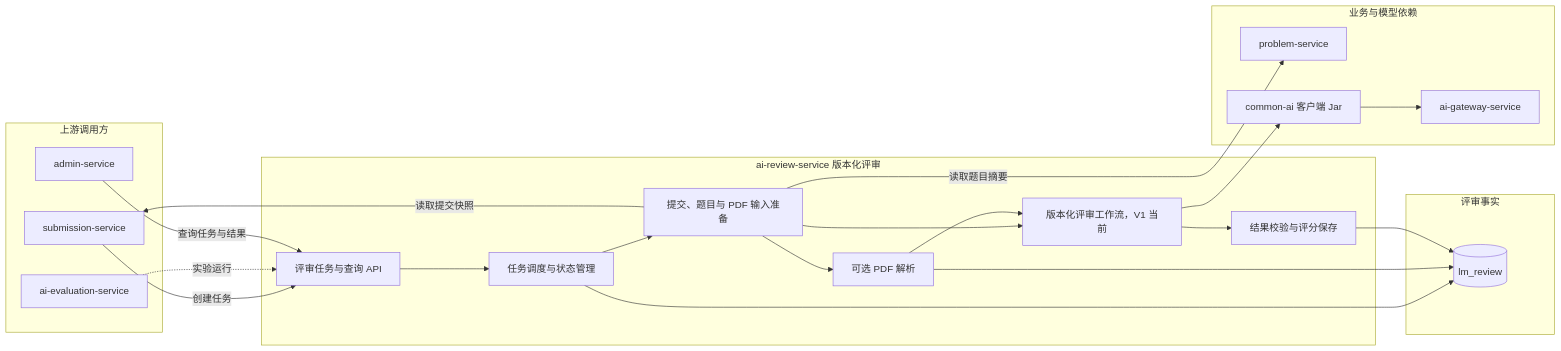
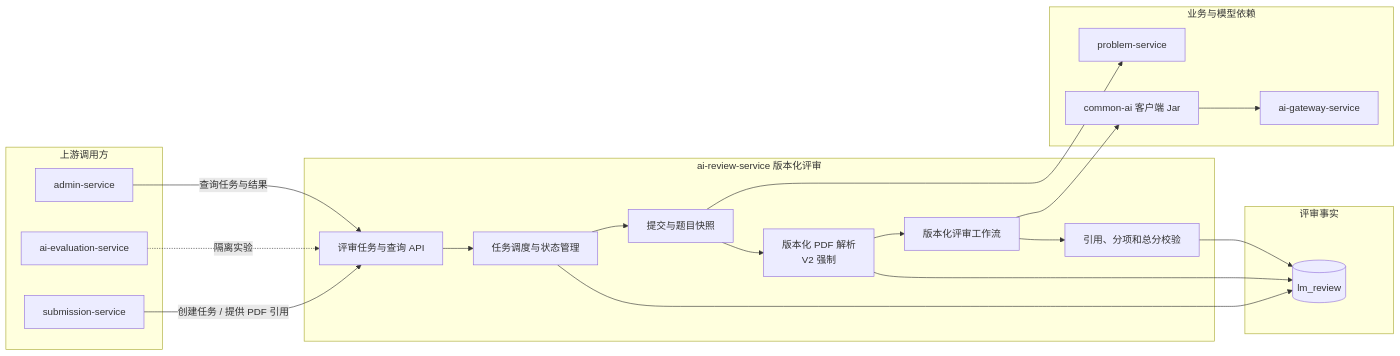
One commit to Dorian7Alden/LeetModel changed the diagram in docs/project/03-微服务设计/ai-review-service/README.md. Above: the diagram before and after it, drawn with Mermaid. The commit also changed other lines of this file and 39 other files, not shown here.

````diff
--- a/docs/project/03-微服务设计/ai-review-service/README.md
+++ b/docs/project/03-微服务设计/ai-review-service/README.md
@@ -12,45 +12,39 @@
 ```mermaid
 flowchart LR
     subgraph callers["上游调用方"]
         submissionService["submission-service"]
         evaluationService["ai-evaluation-service"]
         adminService["admin-service"]
     end
 
     subgraph review["ai-review-service 版本化评审"]
         taskApi["评审任务与查询 API"]
         scheduler["任务调度与状态管理"]
-        inputPreparation["提交、题目与 PDF 输入准备"]
-        pdfParser["可选 PDF 解析"]
-        workflow["版本化评审工作流，V1 当前"]
-        resultValidation["结果校验与评分保存"]
+        inputPreparation["提交与题目快照"]
+        pdfParser["版本化 PDF 解析<br/>V2 强制"]
+        workflow["版本化评审工作流"]
+        resultValidation["引用、分项和总分校验"]
 
-        taskApi --> scheduler
-        scheduler --> inputPreparation
-        inputPreparation --> pdfParser
-        inputPreparation --> workflow
-        pdfParser --> workflow
-        workflow --> resultValidation
+        taskApi --> scheduler --> inputPreparation
+        inputPreparation --> pdfParser --> workflow --> resultValidation
     end
 
     subgraph dependencies["业务与模型依赖"]
         problemService["problem-service"]
         commonAi["common-ai 客户端 Jar"]
         aiGateway["ai-gateway-service"]
     end
 
     subgraph data["评审事实"]
         reviewDatabase[(lm_review)]
     end
 
-    submissionService -->|"创建任务"| taskApi
-    evaluationService -.->|"实验运行"| taskApi
+    submissionService -->|"创建任务 / 提供 PDF 引用"| taskApi
+    evaluationService -.->|"隔离实验"| taskApi
     adminService -->|"查询任务与结果"| taskApi
-    inputPreparation -->|"读取提交快照"| submissionService
-    inputPreparation -->|"读取题目摘要"| problemService
-    workflow --> commonAi
-    commonAi --> aiGateway
+    inputPreparation --> problemService
+    workflow --> commonAi --> aiGateway
     scheduler --> reviewDatabase
     pdfParser --> reviewDatabase
     resultValidation --> reviewDatabase
 ```
````
